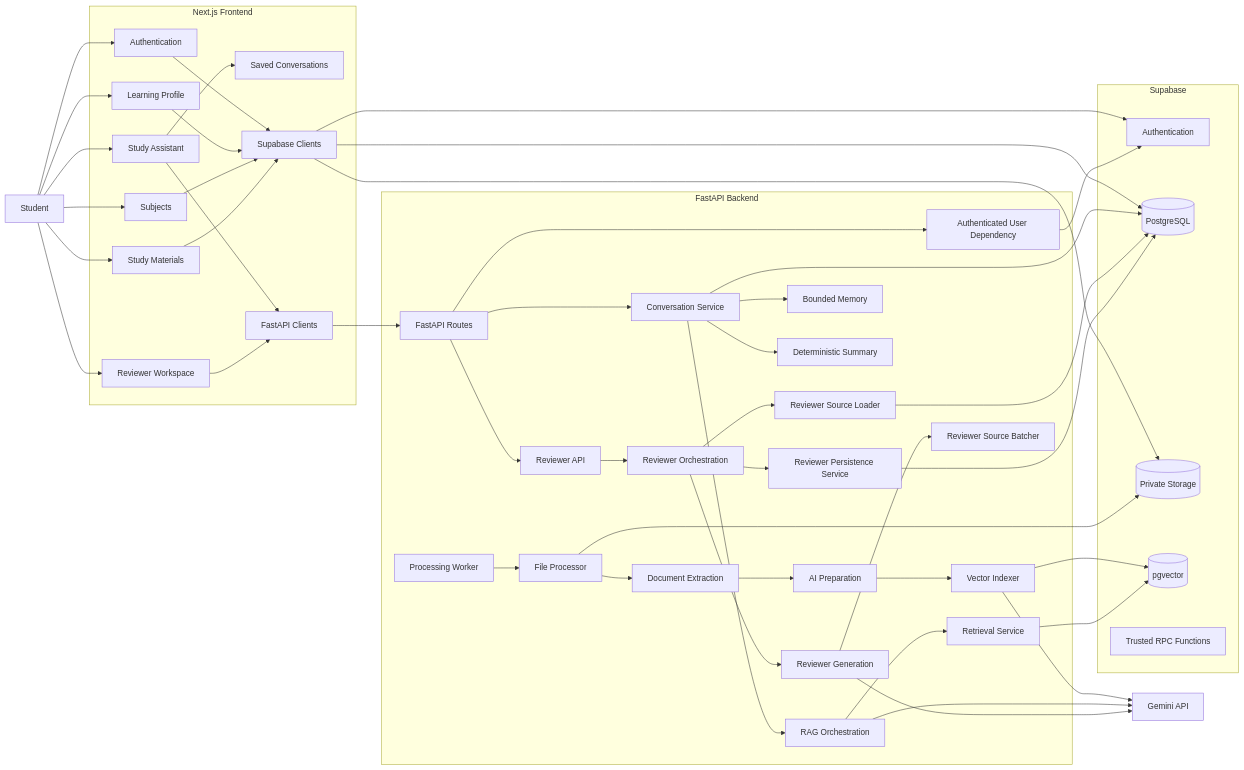
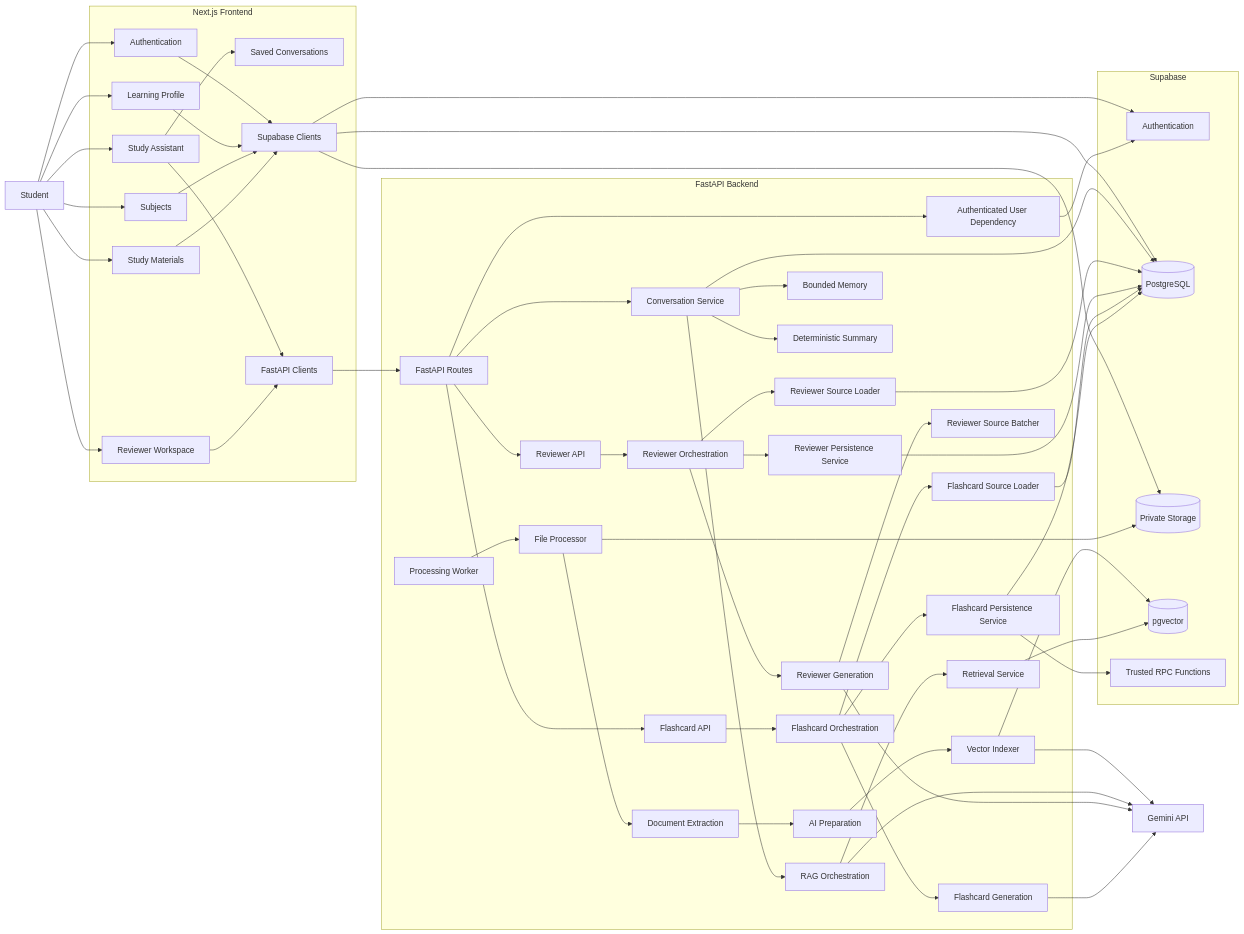
Before and after one commit to jianna-acc/stsp-capstone: the first of 17 diagrams in docs/ARCHITECTURE.md, drawn with Mermaid. The commit also changed other lines of this file and 4 other files, not shown here.

````diff
--- a/docs/ARCHITECTURE.md
+++ b/docs/ARCHITECTURE.md
@@ -102,6 +111,12 @@
         REVIEWER_GENERATION["Reviewer Generation"]
         REVIEWER_BATCHER["Reviewer Source Batcher"]
         REVIEWER_SERVICE["Reviewer Persistence Service"]
+
+        FLASHCARD_API["Flashcard API"]
+        FLASHCARD_ORCHESTRATION["Flashcard Orchestration"]
+        FLASHCARD_SOURCE["Flashcard Source Loader"]
+        FLASHCARD_GENERATION["Flashcard Generation"]
+        FLASHCARD_SERVICE["Flashcard Persistence Service"]
     end
 
     subgraph SUPABASE["Supabase"]
@@ -167,4 +182,16 @@
     REVIEWER_GENERATION --> REVIEWER_BATCHER
     REVIEWER_GENERATION --> GEMINI
     REVIEWER_SERVICE --> DATABASE
+
+    API --> FLASHCARD_API
+    FLASHCARD_API --> FLASHCARD_ORCHESTRATION
+
+    FLASHCARD_ORCHESTRATION --> FLASHCARD_SOURCE
+    FLASHCARD_ORCHESTRATION --> FLASHCARD_GENERATION
+    FLASHCARD_ORCHESTRATION --> FLASHCARD_SERVICE
+
+    FLASHCARD_SOURCE --> DATABASE
+    FLASHCARD_GENERATION --> GEMINI
+    FLASHCARD_SERVICE --> RPC
+    FLASHCARD_SERVICE --> DATABASE
 ```
````
